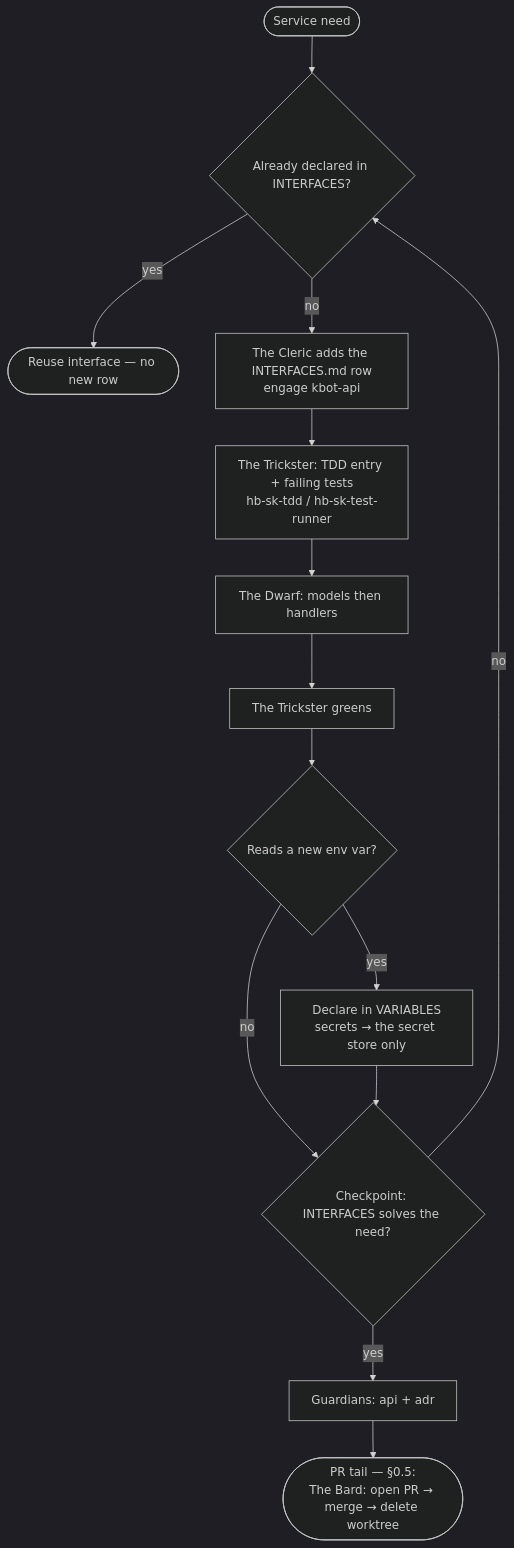
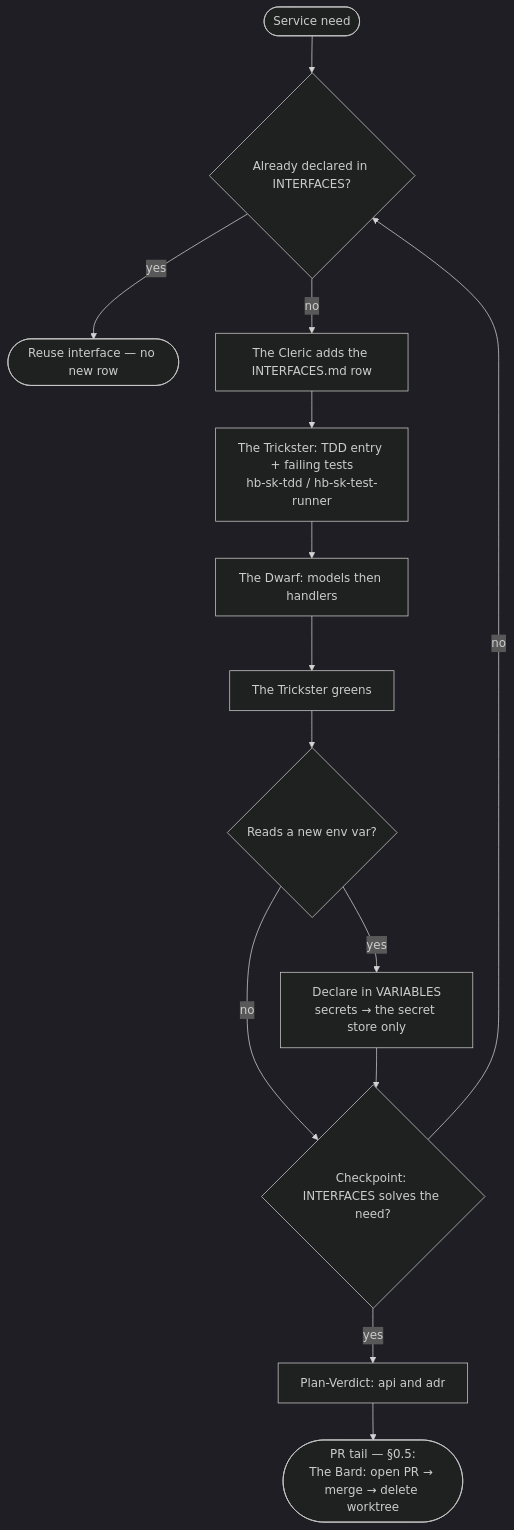
One commit to kodexArg/harness-base changed the fifth of 7 diagrams in docs/DEVELOPMENT-LOOP.md. Above: the diagram before and after it, drawn with Mermaid (dark theme). The commit also changed other lines of this file and 32 other files, not shown here.

First line of the commit message:
fix(harness): record SSOT merge-gate as Plan-Verdict only

````diff
--- a/docs/DEVELOPMENT-LOOP.md
+++ b/docs/DEVELOPMENT-LOOP.md
@@ -159,16 +159,16 @@
 ```mermaid
 flowchart TD
     N(["Service need"]) --> Q{"Already declared in INTERFACES?"}
     Q -->|yes| REUSE(["Reuse interface — no new row"])
-    Q -->|no| ROW["The Cleric adds the INTERFACES.md row<br/>engage kbot-api"]
+    Q -->|no| ROW["The Cleric adds the INTERFACES.md row"]
     ROW --> PLAN["The Trickster: TDD entry + failing tests<br/>hb-sk-tdd / hb-sk-test-runner"]
     PLAN --> MODELS["The Dwarf: models then handlers"]
     MODELS --> GREEN["The Trickster greens"]
     GREEN --> VARS{"Reads a new env var?"}
     VARS -->|yes| VDOC["Declare in VARIABLES<br/>secrets → the secret store only"]
     VARS -->|no| CHK{"Checkpoint: INTERFACES solves the need?"}
     VDOC --> CHK
     CHK -->|no| Q
-    CHK -->|yes| GUARD["Guardians: api + adr"]
-    GUARD --> PR(["PR tail — §0.5:<br/>The Bard: open PR → merge → delete worktree"])
+    CHK -->|yes| VERDICT["Plan-Verdict: api and adr"]
+    VERDICT --> PR(["PR tail — §0.5:<br/>The Bard: open PR → merge → delete worktree"])
 ```
````
